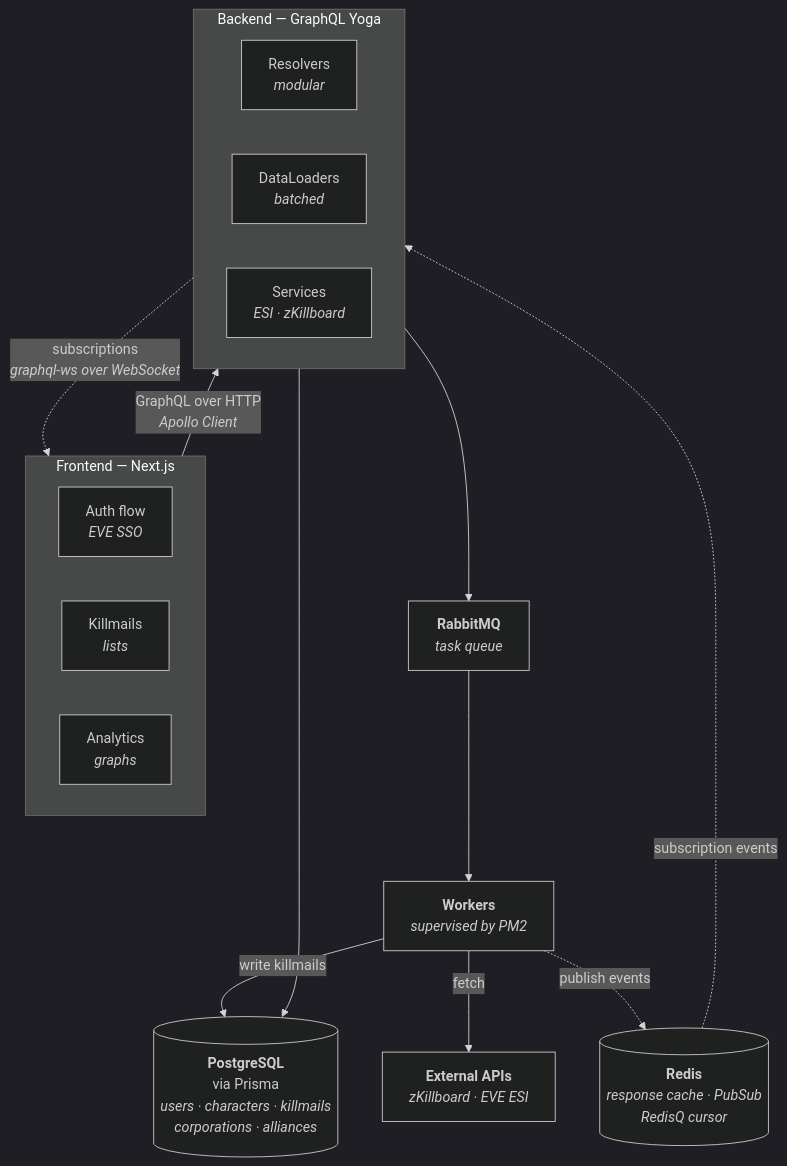
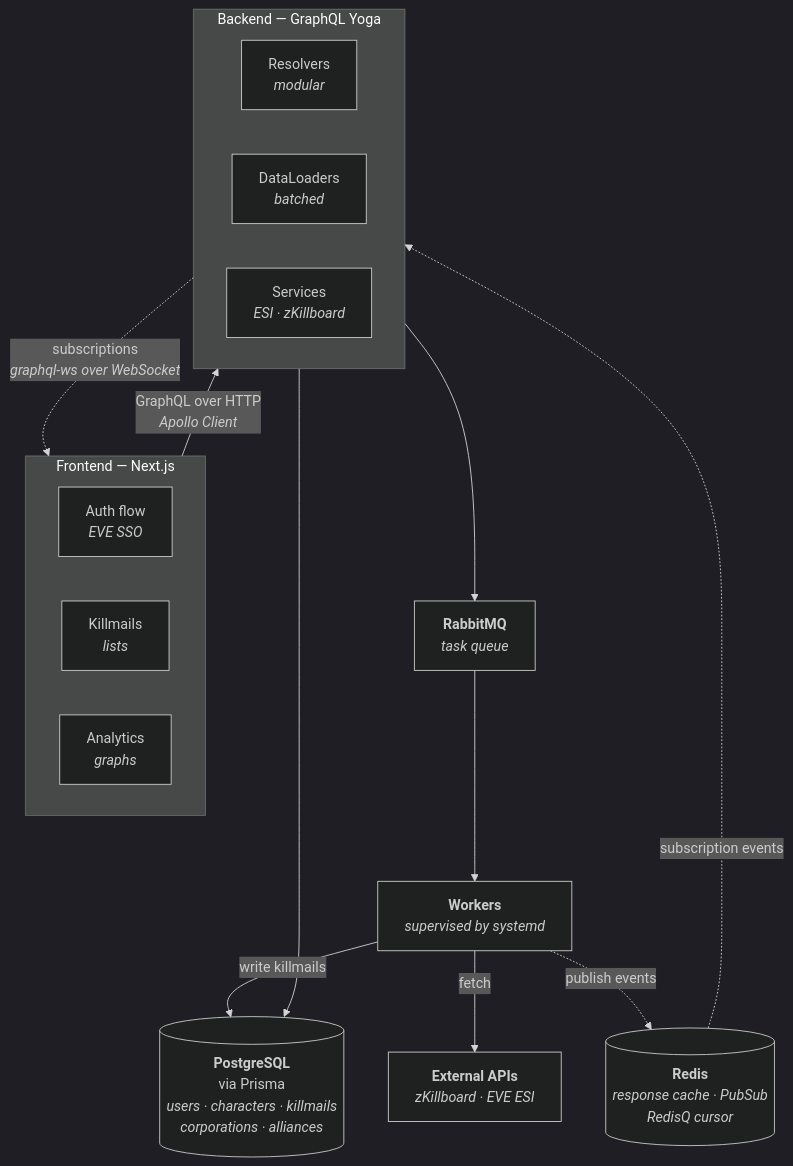
The diagram in README.MD (umutyerebakmaz/killreport), drawn with Mermaid (dark theme) before and after one commit. The commit also changed other lines of this file and 90 other files, not shown here.

````diff
--- a/README.MD
+++ b/README.MD
@@ -157,35 +157,35 @@
 ```mermaid
 flowchart TB
     subgraph fe["Frontend — Next.js"]
         direction LR
         Auth["Auth flow<br/><i>EVE SSO</i>"]
         Kills["Killmails<br/><i>lists</i>"]
         Stats["Analytics<br/><i>graphs</i>"]
     end
 
     subgraph be["Backend — GraphQL Yoga"]
         direction LR
         Resolvers["Resolvers<br/><i>modular</i>"]
         Loaders["DataLoaders<br/><i>batched</i>"]
         Services["Services<br/><i>ESI · zKillboard</i>"]
     end
 
-    Workers["<b>Workers</b><br/><i>supervised by PM2</i>"]
+    Workers["<b>Workers</b><br/><i>supervised by systemd</i>"]
 
     PG[("<b>PostgreSQL</b><br/>via Prisma<br/><i>users · characters · killmails<br/>corporations · alliances</i>")]
     Redis[("<b>Redis</b><br/><i>response cache · PubSub<br/>RedisQ cursor</i>")]
     Rabbit["<b>RabbitMQ</b><br/><i>task queue</i>"]
     External["<b>External APIs</b><br/><i>zKillboard · EVE ESI</i>"]
 
     fe -->|"GraphQL over HTTP<br/><i>Apollo Client</i>"| be
     be -.->|"subscriptions<br/><i>graphql-ws over WebSocket</i>"| fe
 
     be --> PG
     be --> Rabbit
     Redis -.->|"subscription events"| be
 
     Rabbit --> Workers
     Workers -->|"fetch"| External
     Workers -->|"write killmails"| PG
     Workers -.->|"publish events"| Redis
 ```
````
